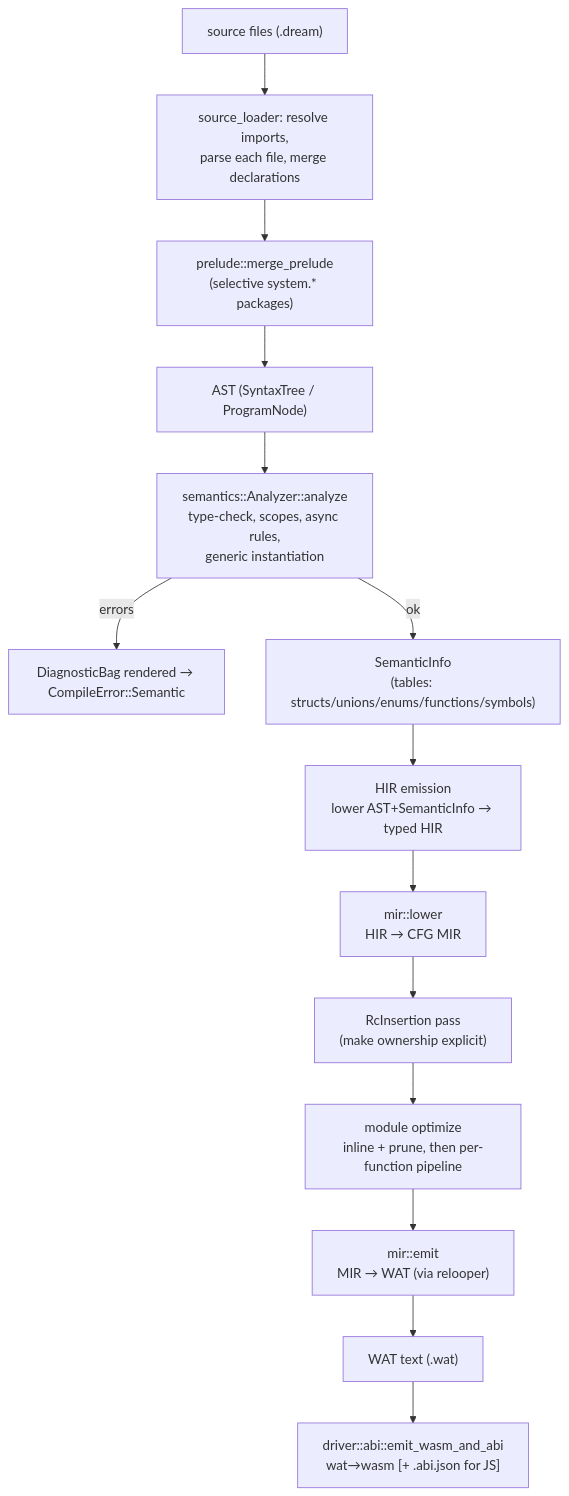
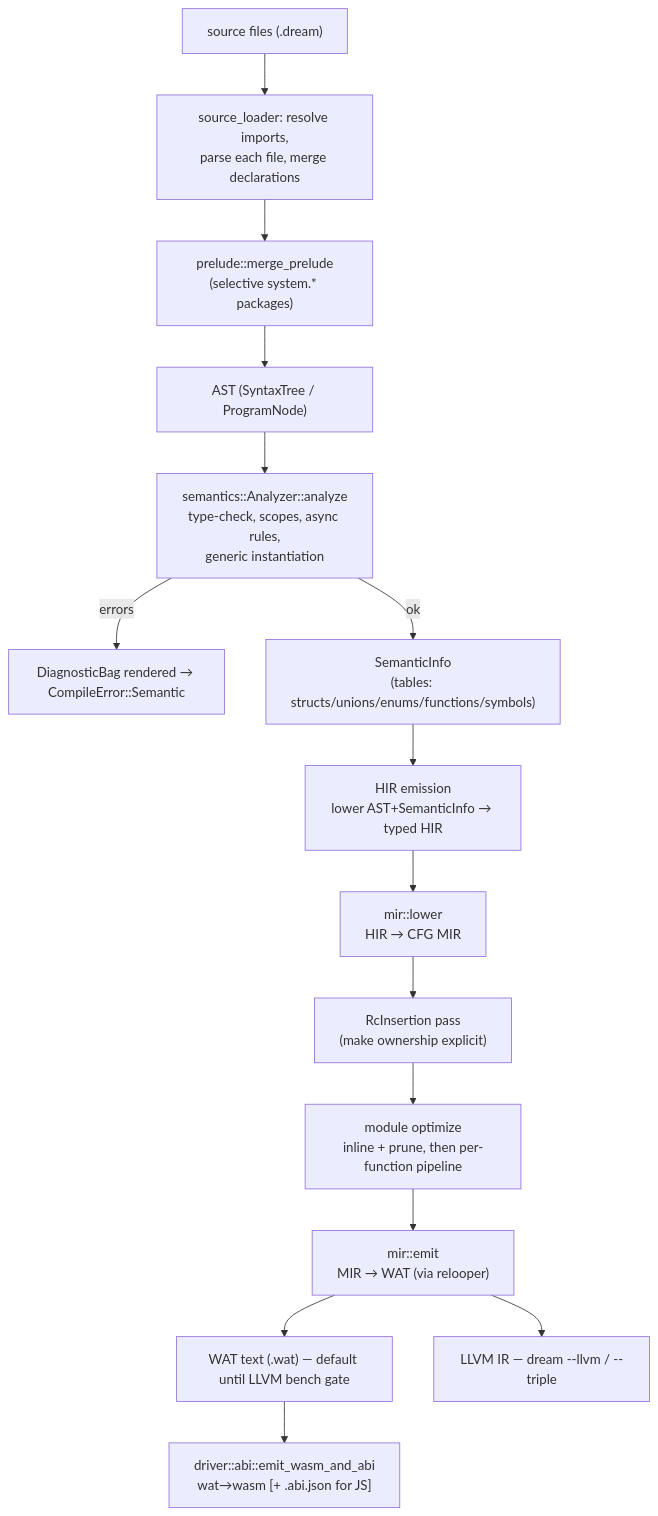
One commit to sps014/dream changed the first of 2 diagrams in docs/internals/01-pipeline-overview.md. Above: the diagram before and after it, drawn with Mermaid. The commit also changed other lines of this file and 105 other files, not shown here.

````diff
--- a/docs/internals/01-pipeline-overview.md
+++ b/docs/internals/01-pipeline-overview.md
@@ -7,20 +7,21 @@
 ```mermaid
 flowchart TD
     src["source files (.dream)"]
     src --> load["source_loader: resolve imports,\nparse each file, merge declarations"]
     load --> prelude["prelude::merge_prelude\n(selective system.* packages)"]
     prelude --> ast["AST (SyntaxTree / ProgramNode)"]
 
     ast --> analyze["semantics::Analyzer::analyze\ntype-check, scopes, async rules,\ngeneric instantiation"]
     analyze -->|errors| diag["DiagnosticBag rendered → CompileError::Semantic"]
     analyze -->|ok| info["SemanticInfo\n(tables: structs/unions/enums/functions/symbols)"]
 
     info --> hir["HIR emission\nlower AST+SemanticInfo → typed HIR"]
     hir --> mir["mir::lower\nHIR → CFG MIR"]
     mir --> rc["RcInsertion pass\n(make ownership explicit)"]
     rc --> opt["module optimize\ninline + prune, then per-function pipeline"]
     opt --> emit["mir::emit\nMIR → WAT (via relooper)"]
 
-    emit --> wat["WAT text (.wat)"]
+    emit --> wat["WAT text (.wat) — default until LLVM bench gate"]
+    emit --> llvm["LLVM IR — dream --llvm / --triple"]
     wat --> abi["driver::abi::emit_wasm_and_abi\nwat→wasm [+ .abi.json for JS]"]
 ```
````
